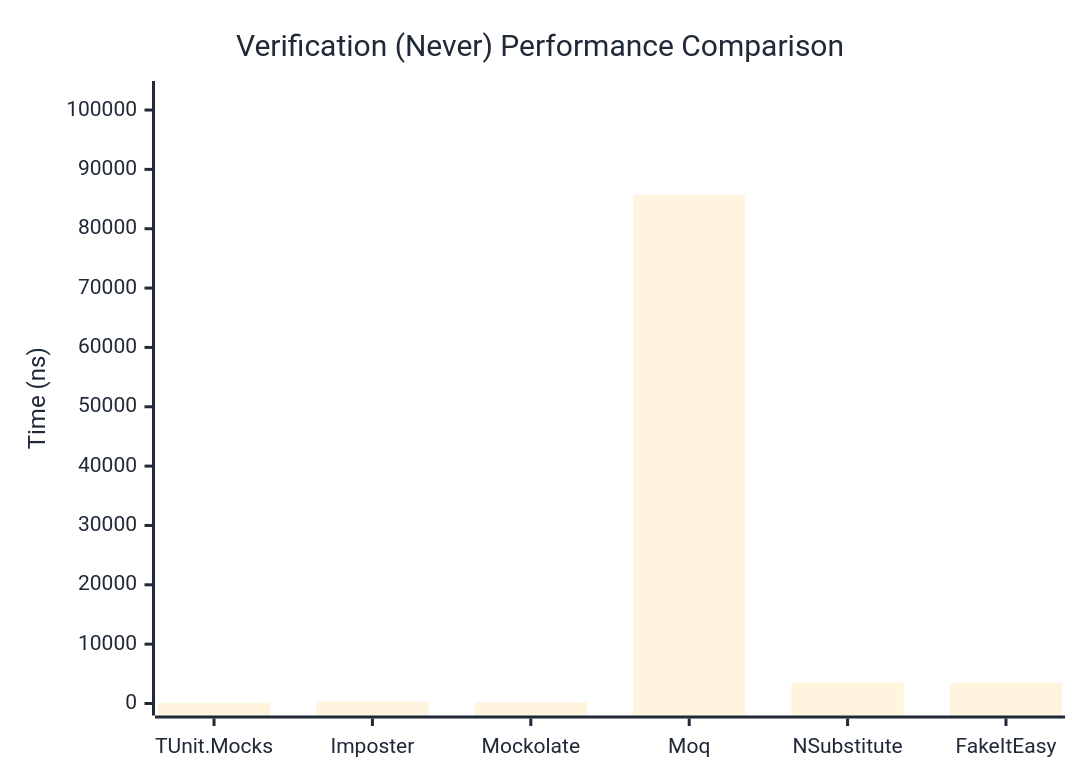
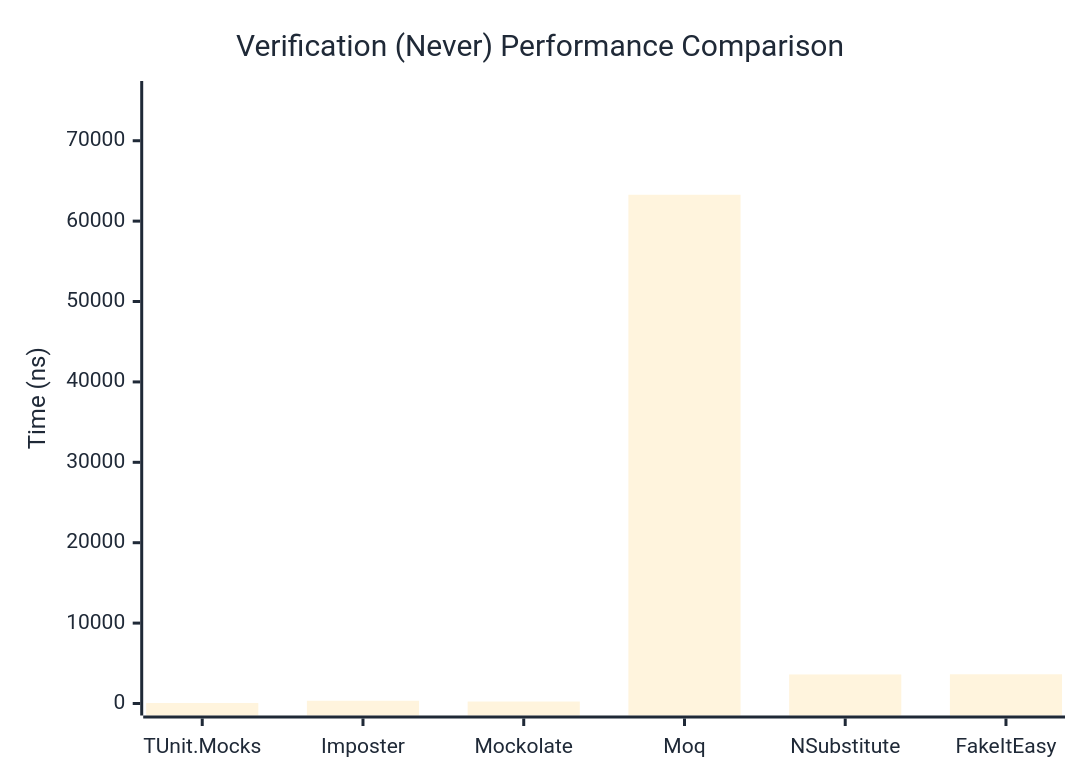
Before and after one commit to thomhurst/TUnit: the second of 3 diagrams in docs/docs/benchmarks/mocks/Verification.md, drawn with Mermaid. The commit also changed other lines of this file and 14 other files, not shown here.

````diff
--- a/docs/docs/benchmarks/mocks/Verification.md
+++ b/docs/docs/benchmarks/mocks/Verification.md
@@ -69,27 +69,27 @@
 ```mermaid
 %%{init: {
   'theme':'base',
   'themeVariables': {
     'primaryColor': '#2563eb',
     'primaryTextColor': '#1f2937',
     'primaryBorderColor': '#1e40af',
     'lineColor': '#6b7280',
     'secondaryColor': '#7c3aed',
     'tertiaryColor': '#dc2626',
     'background': '#ffffff',
     'pie1': '#2563eb',
     'pie2': '#7c3aed',
     'pie3': '#dc2626',
     'pie4': '#f59e0b',
     'pie5': '#10b981',
     'pie6': '#06b6d4',
     'pie7': '#ec4899',
     'pie8': '#6366f1'
   }
 }}%%
 xychart-beta
   title "Verification (Never) Performance Comparison"
   x-axis ["TUnit.Mocks", "Imposter", "Mockolate", "Moq", "NSubstitute", "FakeItEasy"]
-  y-axis "Time (ns)" 0 --> 102870
-  bar [59.95, 314.43, 211.67, 85724.92, 3567.38, 3545.33]
+  y-axis "Time (ns)" 0 --> 75937
+  bar [60.57, 339.67, 244.38, 63280.47, 3612.39, 3636.87]
 ```
````
